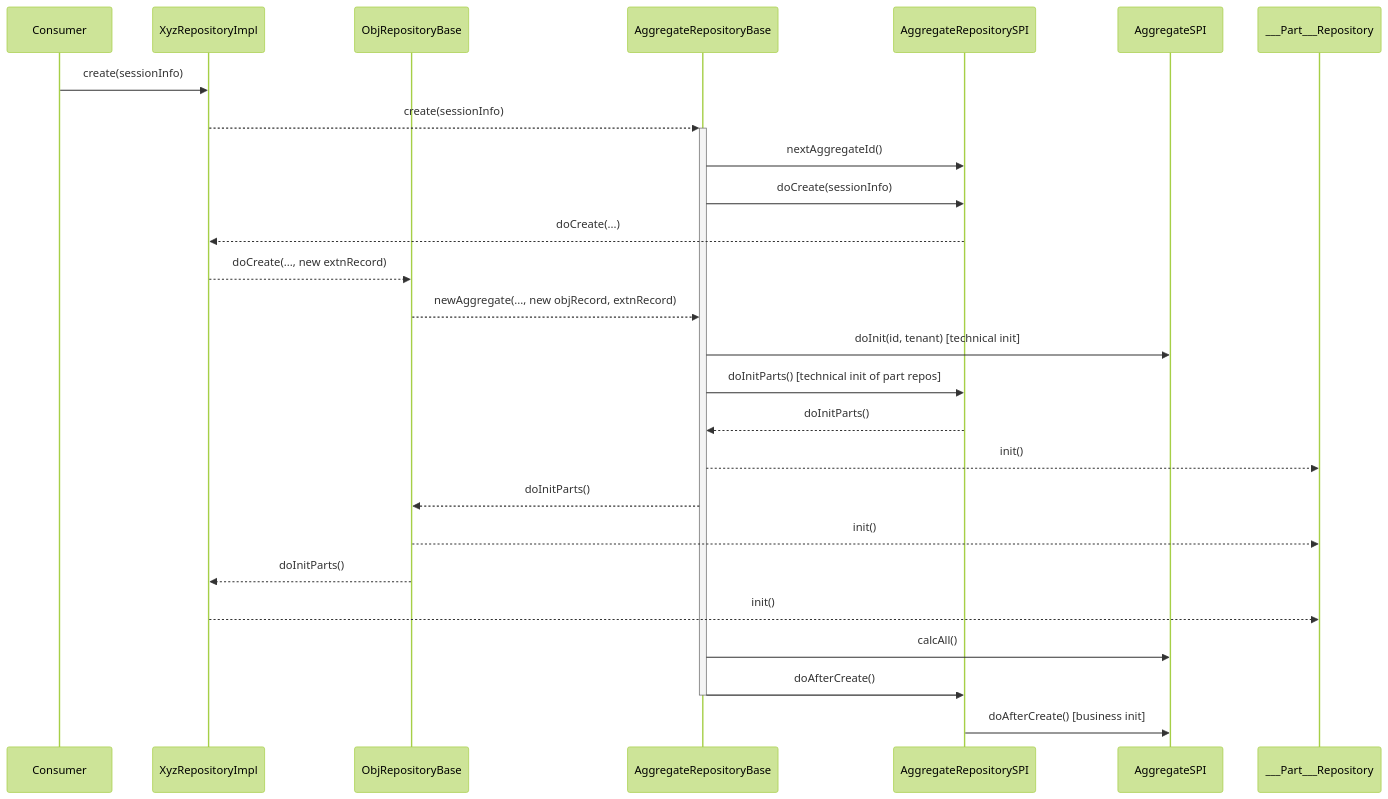
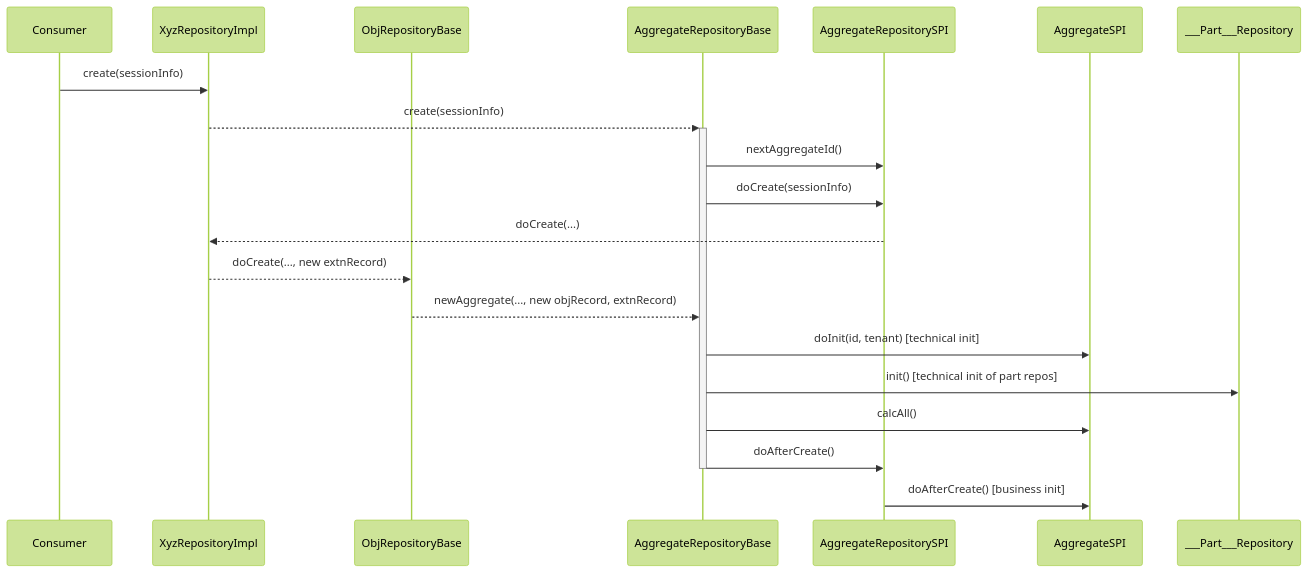
The first of 4 diagrams in docs/DDD.md (zeitwert/fm-server), drawn with Mermaid (forest theme) before and after one commit. The commit also changed other lines of this file and 68 other files, not shown here.

````diff
--- a/docs/DDD.md
+++ b/docs/DDD.md
@@ -7,28 +7,22 @@
 ```mermaid
 sequenceDiagram
 	participant C as Consumer
 	participant ER as XyzRepositoryImpl
 	participant OR as ObjRepositoryBase
 	participant AR as AggregateRepositoryBase
 	participant ARS as AggregateRepositorySPI
 	participant A as AggregateSPI
 	participant PR as ___Part___Repository
 	C->>ER: create(sessionInfo)
 	ER-->>+AR: create(sessionInfo)
 	AR->>ARS: nextAggregateId()
 	AR->>ARS: doCreate(sessionInfo)
 	ARS-->>ER: doCreate(...)
 	ER-->>OR: doCreate(..., new extnRecord)
 	OR-->>AR: newAggregate(..., new objRecord, extnRecord)
 	AR->>A: doInit(id, tenant) [technical init]
-	AR->>ARS: doInitParts() [technical init of part repos]
-	ARS-->>AR: doInitParts()
-	AR-->>PR: init()
-	AR-->>OR: doInitParts()
-	OR-->>PR: init()
-	OR-->>ER: doInitParts()
-	ER-->>PR: init()
+	AR->>PR: init() [technical init of part repos]
 	AR->>A: calcAll()
 	AR->>-ARS: doAfterCreate()
 	ARS->>A: doAfterCreate() [business init]
 ```
````
